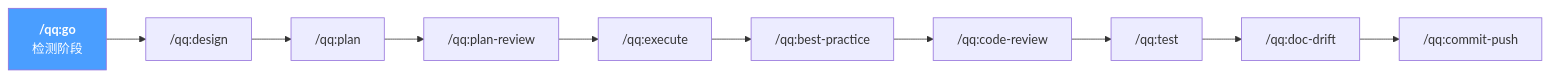
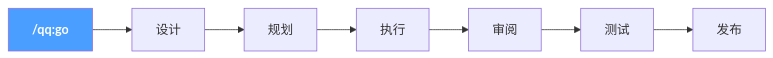
One commit to brandonle7116/quick-question changed the sixth of 12 diagrams in README.md. Above: the diagram before and after it, drawn with Mermaid. The commit also changed other lines of this file and 6 other files, not shown here.

````diff
--- a/README.md
+++ b/README.md
@@ -350,14 +355,11 @@
 ```mermaid
 flowchart LR
-    GO["<b>/qq:go</b>\n检测阶段"] --> D["/qq:design"]
-    D --> P["/qq:plan"]
-    P --> PR["/qq:plan-review"]
-    PR --> E["/qq:execute"]
-    E --> BP["/qq:best-practice"]
-    BP --> CR["/qq:code-review"]
-    CR --> T["/qq:test"]
-    T --> DD["/qq:doc-drift"]
-    DD --> CP["/qq:commit-push"]
+    GO["<b>/qq:go</b>"] --> D["设计"]
+    D --> P["规划"]
+    P --> E["执行"]
+    E --> R["审阅"]
+    R --> T["测试"]
+    T --> S["发布"]
 
     style GO fill:#4a9eff,color:#fff
 ```
````
